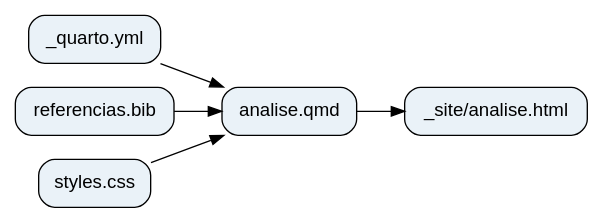
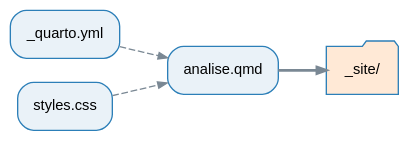
One commit to juliaapolonio/intro-to-quarto changed the third of 4 diagrams in slides/minicurso-quarto.qmd. Above: the diagram before and after it, drawn with Graphviz. The commit also changed other lines of this file and 28 other files, not shown here.

````diff
--- a/slides/minicurso-quarto.qmd
+++ b/slides/minicurso-quarto.qmd
@@ -528,13 +568,16 @@
 ```{dot}
-//| fig-width: 8
-//| fig-height: 2.5
+//| echo: false
+//| fig-width: 5.6
+//| fig-height: 3.6
 digraph G {
   rankdir=LR;
-  node [shape=box, style="rounded,filled",
-        fillcolor="#EAF2F8", fontname="Helvetica"];
+  bgcolor="transparent";
+  node [shape=box, style="rounded,filled", fillcolor="#EAF2F8",
+        color="#2C7FB8", fontname="Helvetica", fontsize=11];
+  edge [color="#7A8894", arrowsize=0.7, style=dashed];
+  saida [label="_site/", shape=folder, fillcolor="#FFE9D6"];
   "_quarto.yml" -> "analise.qmd";
-  "referencias.bib" -> "analise.qmd";
-  "styles.css" -> "analise.qmd";
-  "analise.qmd" -> "_site/analise.html";
+  "styles.css"  -> "analise.qmd";
+  "analise.qmd" -> saida [style=solid, penwidth=2];
 }
 ```
````
